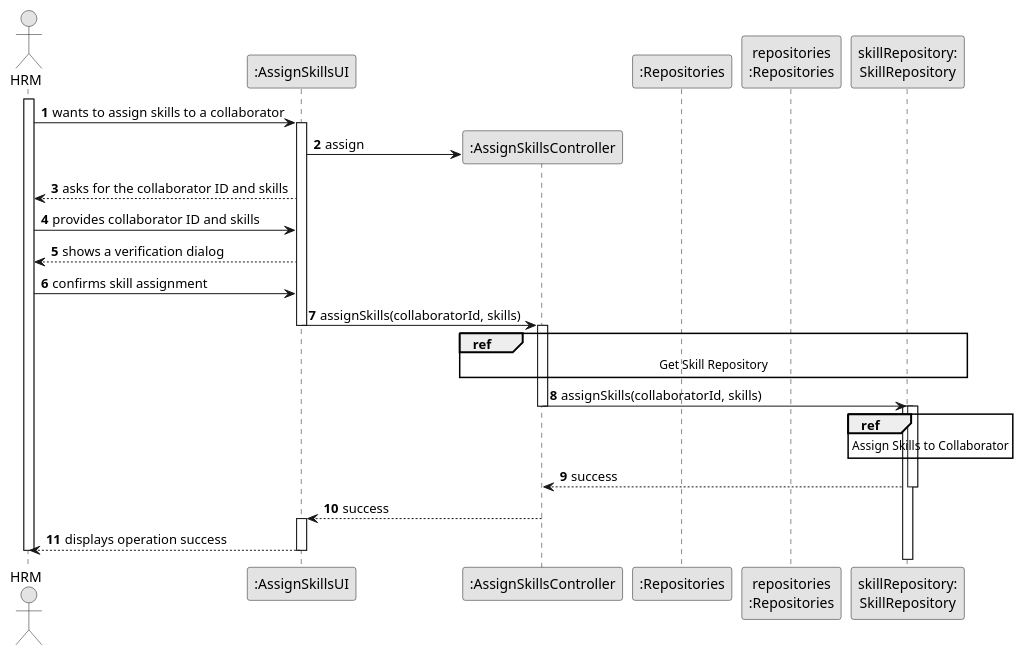
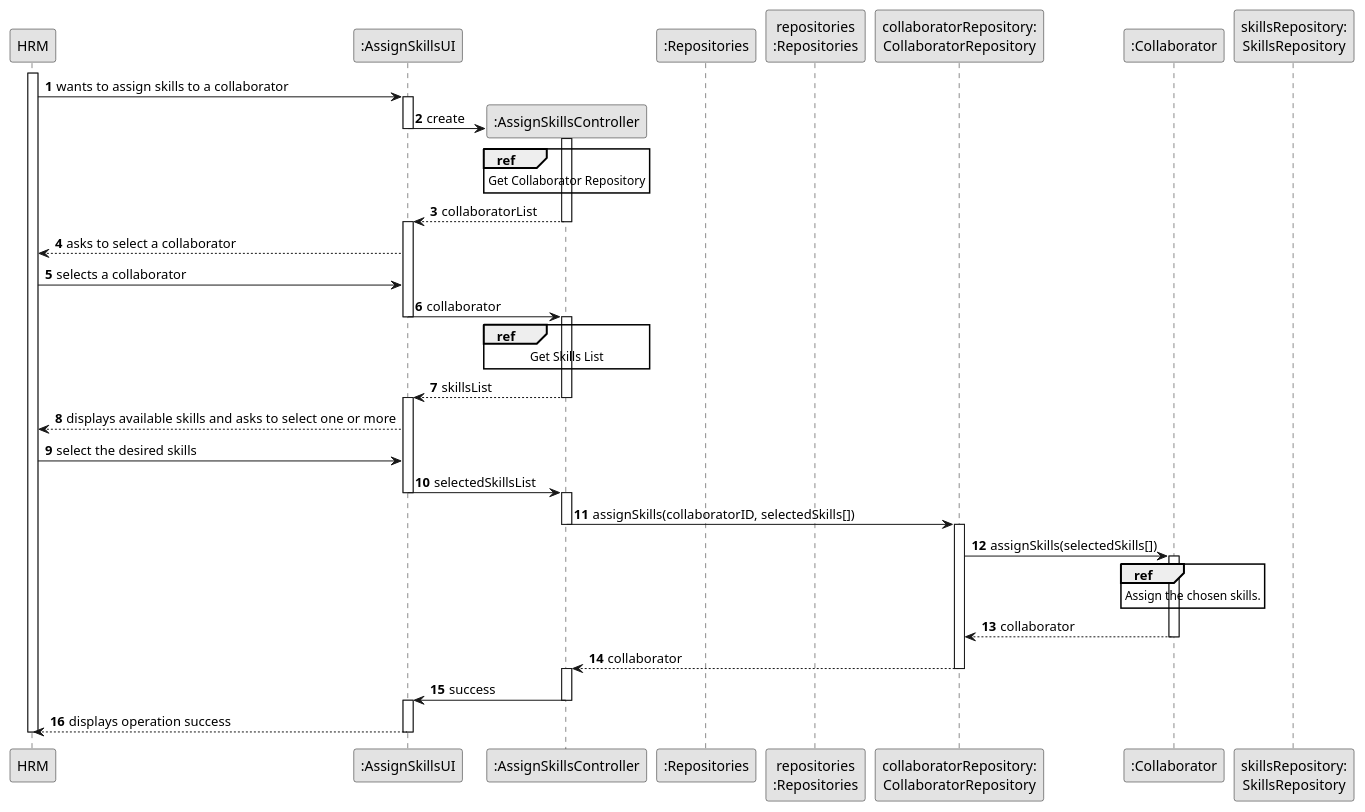
The diagram in docs/sprintB/us004/03.design/puml/us004-sequence-diagram-split.puml (ricardomm7/leaflink), drawn with PlantUML before and after one commit. The commit also changed 4 other files, not shown here.

```diff
--- a/docs/sprintB/us004/03.design/puml/us004-sequence-diagram-split.puml
+++ b/docs/sprintB/us004/03.design/puml/us004-sequence-diagram-split.puml
@@ -1,52 +1,72 @@
 @startuml
 skinparam monochrome true
 skinparam packageStyle rectangle
 skinparam shadowing false
 
 autonumber
 
-'hide footbox
-actor "HRM" as Employee
+participant "HRM" as HRM
 participant ":AssignSkillsUI" as UI
 participant ":AssignSkillsController" as CTRL
 participant ":Repositories" as GlobRepo
 participant "repositories\n:Repositories" as PLAT
-participant "skillRepository:\nSkillRepository" as skillRepository
+participant "collaboratorRepository:\nCollaboratorRepository" as CLBREP
+participant ":Collaborator" as CLB
+participant "skillsRepository:\nSkillsRepository" as skillsRepository
 
-activate Employee
-Employee -> UI : wants to assign skills to a collaborator
+
+activate HRM
+HRM -> UI : wants to assign skills to a collaborator
 activate UI
-UI -> CTRL** : assign
-UI --> Employee : asks for the collaborator ID and skills
-Employee -> UI : provides collaborator ID and skills
-UI --> Employee : shows a verification dialog
-Employee -> UI : confirms skill assignment
+UI -> CTRL** : create
 
-UI -> CTRL : assignSkills(collaboratorId, skills)
+deactivate UI
+
+activate CTRL
+        ref over CTRL
+            Get Collaborator Repository
+        end ref
+
+
+CTRL --> UI : collaboratorList
+deactivate CTRL
+activate UI
+UI --> HRM : asks to select a collaborator
+HRM -> UI : selects a collaborator
+UI -> CTRL : collaborator
 deactivate UI
 activate CTRL
-        ref over CTRL, GlobRepo, skillRepository
-            Get Skill Repository
+
+        ref over CTRL
+           Get Skills List
         end ref
-
-CTRL -> skillRepository : assignSkills(collaboratorId, skills)
-deactivate CTRL
-activate skillRepository
-
-        ref over skillRepository
-            Assign Skills to Collaborator
-        end ref
-
-    activate skillRepository
-    skillRepository --> CTRL : success
-    deactivate skillRepository
-
-CTRL --> UI : success
+CTRL --> UI : skillsList
 deactivate CTRL
 activate UI
-UI --> Employee : displays operation success
+UI --> HRM : displays available skills and asks to select one or more
+HRM -> UI : select the desired skills
+UI -> CTRL : selectedSkillsList
+deactivate UI
+activate CTRL
 
+
+CTRL -> CLBREP : assignSkills(collaboratorID, selectedSkills[])
+deactivate CTRL
+activate CLBREP
+CLBREP -> CLB : assignSkills(selectedSkills[])
+activate CLB
+        ref over CLB
+            Assign the chosen skills.
+        end ref
+CLB --> CLBREP : collaborator
+deactivate CLB
+CLBREP --> CTRL : collaborator
+deactivate CLBREP
+activate CTRL
+CTRL -> UI : success
+deactivate CTRL
+activate UI
+UI --> HRM : displays operation success
 deactivate UI
-deactivate Employee
-
+deactivate HRM
 @enduml
```
